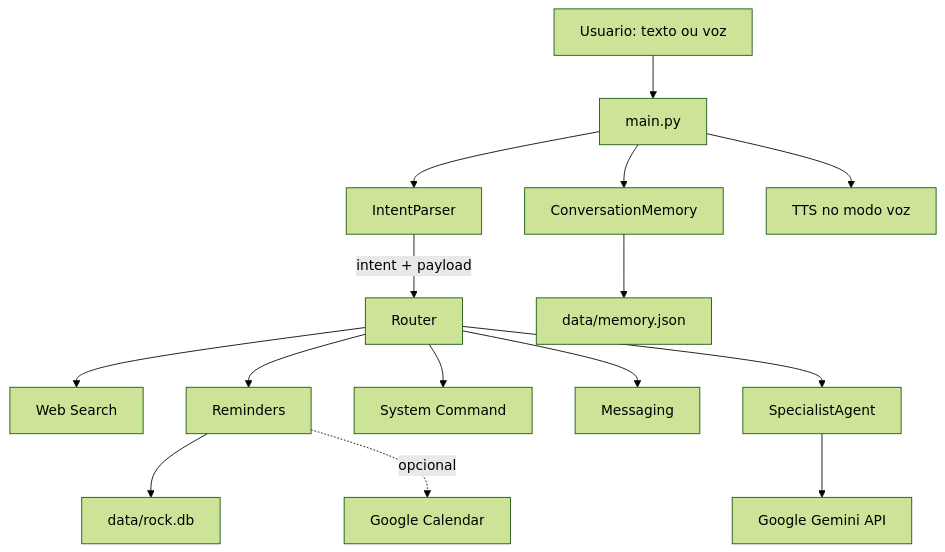
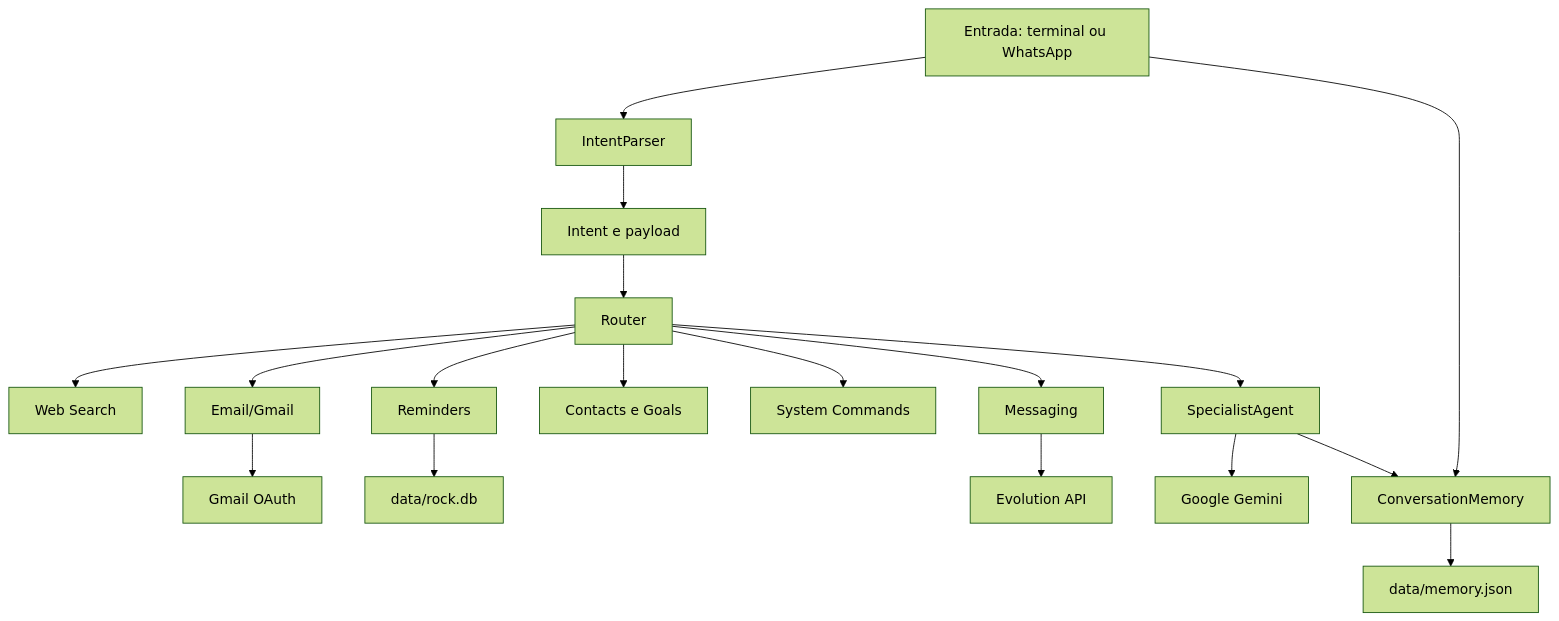
Before and after one commit to LucasRocha4/Rock_Assistant: the diagram in DOCUMENTACAO.md, drawn with Mermaid (forest theme). The commit also changed other lines of this file and 8 other files, not shown here.

````diff
--- a/DOCUMENTACAO.md
+++ b/DOCUMENTACAO.md
@@ -17,17 +55,20 @@
 ```mermaid
 flowchart TD
-    A[Usuario: texto ou voz] --> B[main.py]
-    B --> C[IntentParser]
-    C -->|intent + payload| D[Router]
+    A[Entrada: terminal ou WhatsApp] --> B[IntentParser]
+    B --> C[Intent e payload]
+    C --> D[Router]
     D --> E[Web Search]
-    D --> F[Reminders]
-    D --> G[System Command]
-    D --> H[Messaging]
-    D --> I[SpecialistAgent]
-    I --> J[Google Gemini API]
-    B --> K[ConversationMemory]
-    B --> L[TTS no modo voz]
-    K --> M[data/memory.json]
-    F --> N[data/rock.db]
-    F -. opcional .-> O[Google Calendar]
+    D --> F[Email/Gmail]
+    D --> G[Reminders]
+    D --> H[Contacts e Goals]
+    D --> I[System Commands]
+    D --> J[Messaging]
+    D --> K[SpecialistAgent]
+    K --> L[Google Gemini]
+    A --> M[ConversationMemory]
+    K --> M
+    M --> N[data/memory.json]
+    F --> O[Gmail OAuth]
+    G --> P[data/rock.db]
+    J --> Q[Evolution API]
 ```
````
